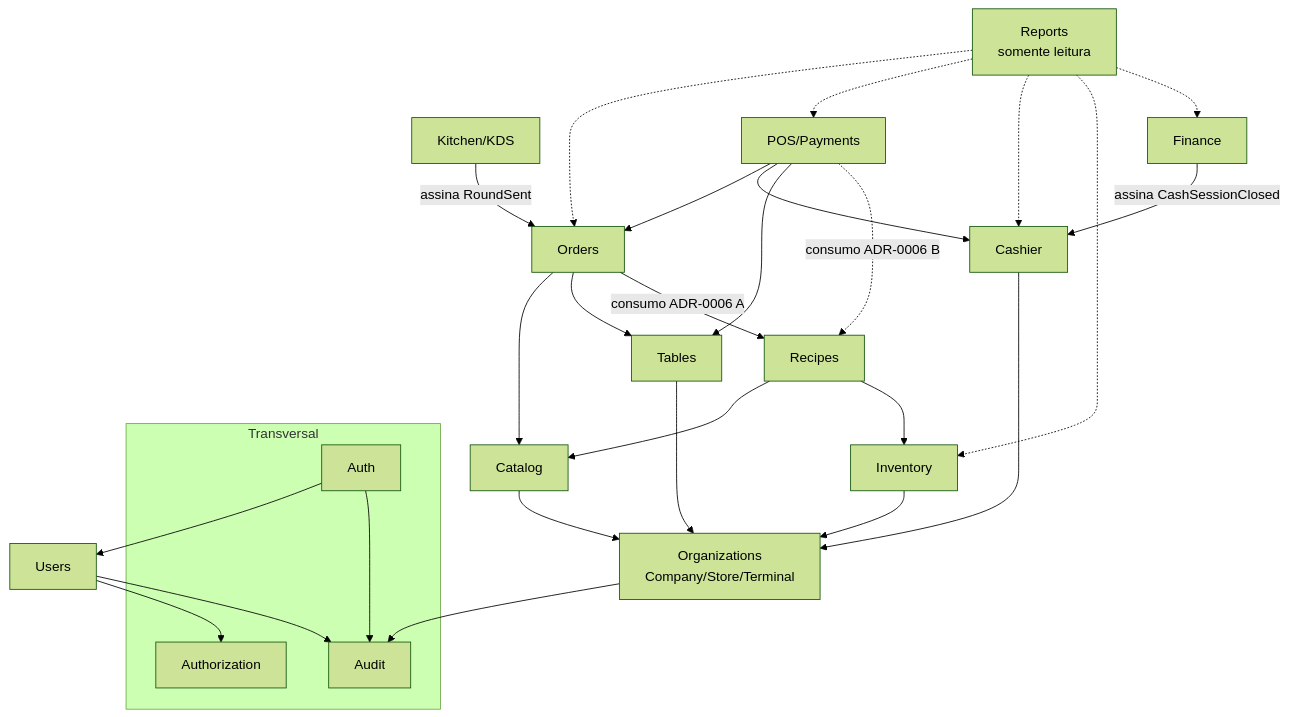
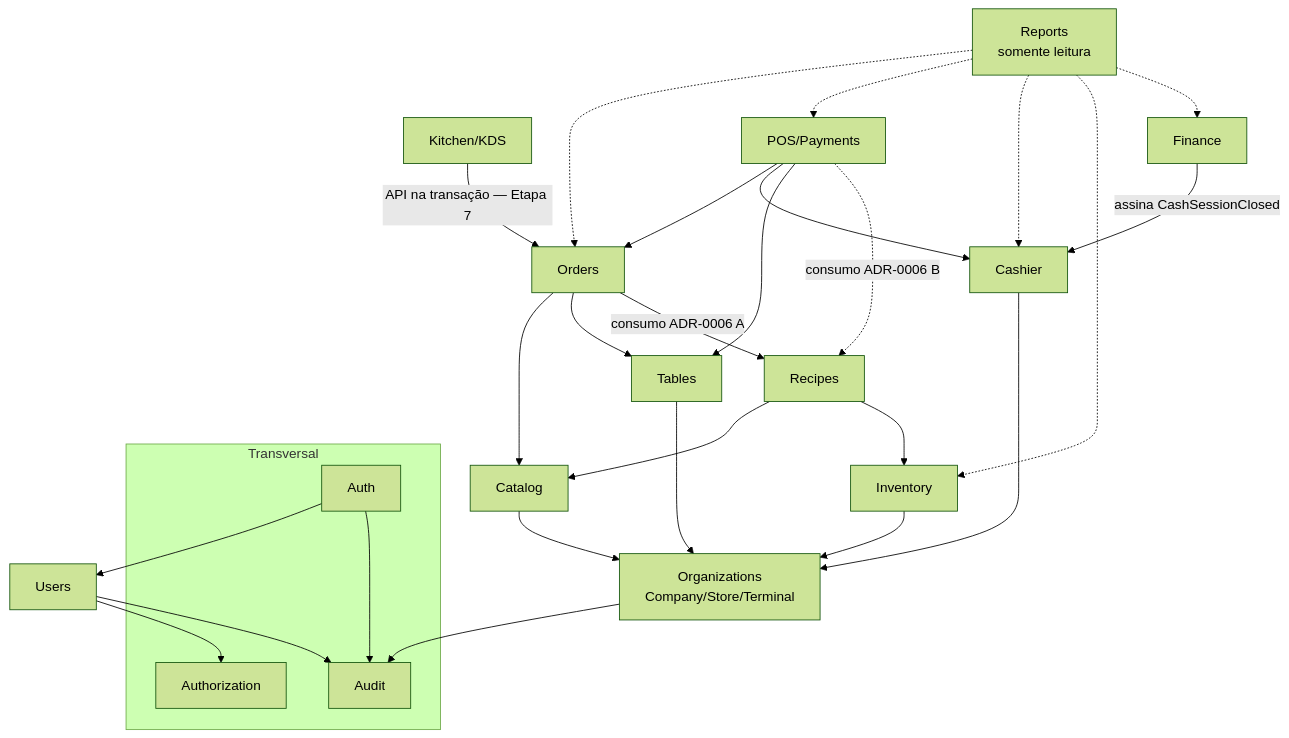
One commit to marlonerick/erp-mesa-restaurante changed the second of 2 diagrams in maps/modules/dependencias.md. Above: the diagram before and after it, drawn with Mermaid (forest theme). The commit also changed other lines of this file and 73 other files, not shown here.

````diff
--- a/maps/modules/dependencias.md
+++ b/maps/modules/dependencias.md
@@ -66,40 +71,40 @@
 ```mermaid
 flowchart TD
   subgraph Transversal
     AUTH[Auth]
     AUTHZ[Authorization]
     AUDIT[Audit]
   end
 
   USERS[Users] --> AUTHZ
   USERS --> AUDIT
   AUTH --> USERS
   AUTH --> AUDIT
   ORG[Organizations<br/>Company/Store/Terminal] --> AUDIT
 
   CAT[Catalog] --> ORG
   INV[Inventory] --> ORG
   REC[Recipes] --> CAT
   REC --> INV
 
   TAB[Tables] --> ORG
   ORD[Orders] --> CAT
   ORD --> TAB
   ORD -->|consumo ADR-0006 A| REC
 
-  KIT[Kitchen/KDS] -->|assina RoundSent| ORD
+  KIT[Kitchen/KDS] -->|API na transação — Etapa 7| ORD
 
   CASH[Cashier] --> ORG
   PAY[POS/Payments] --> ORD
   PAY --> CASH
   PAY --> TAB
   PAY -.->|consumo ADR-0006 B| REC
 
   FIN[Finance] -->|assina CashSessionClosed| CASH
 
   REP[Reports<br/>somente leitura] -.-> ORD
   REP -.-> PAY
   REP -.-> CASH
   REP -.-> INV
   REP -.-> FIN
 ```
````
